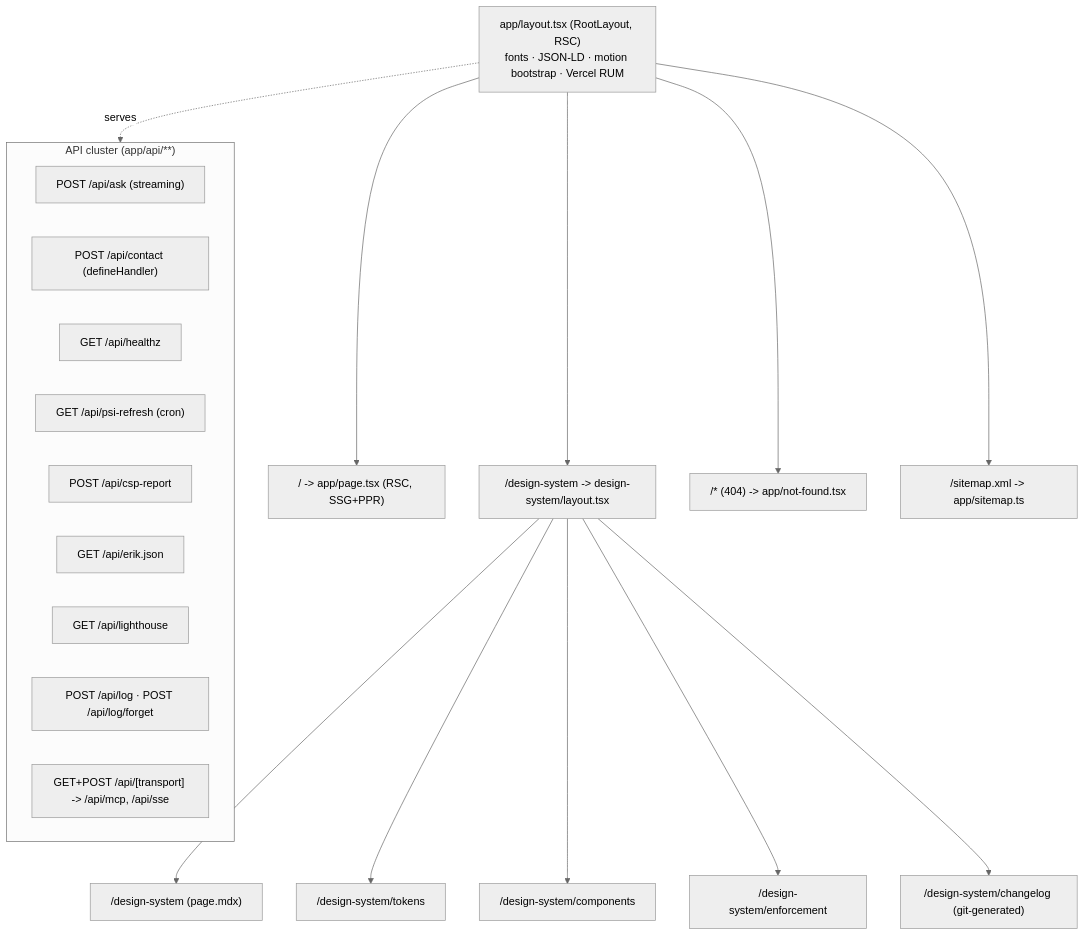
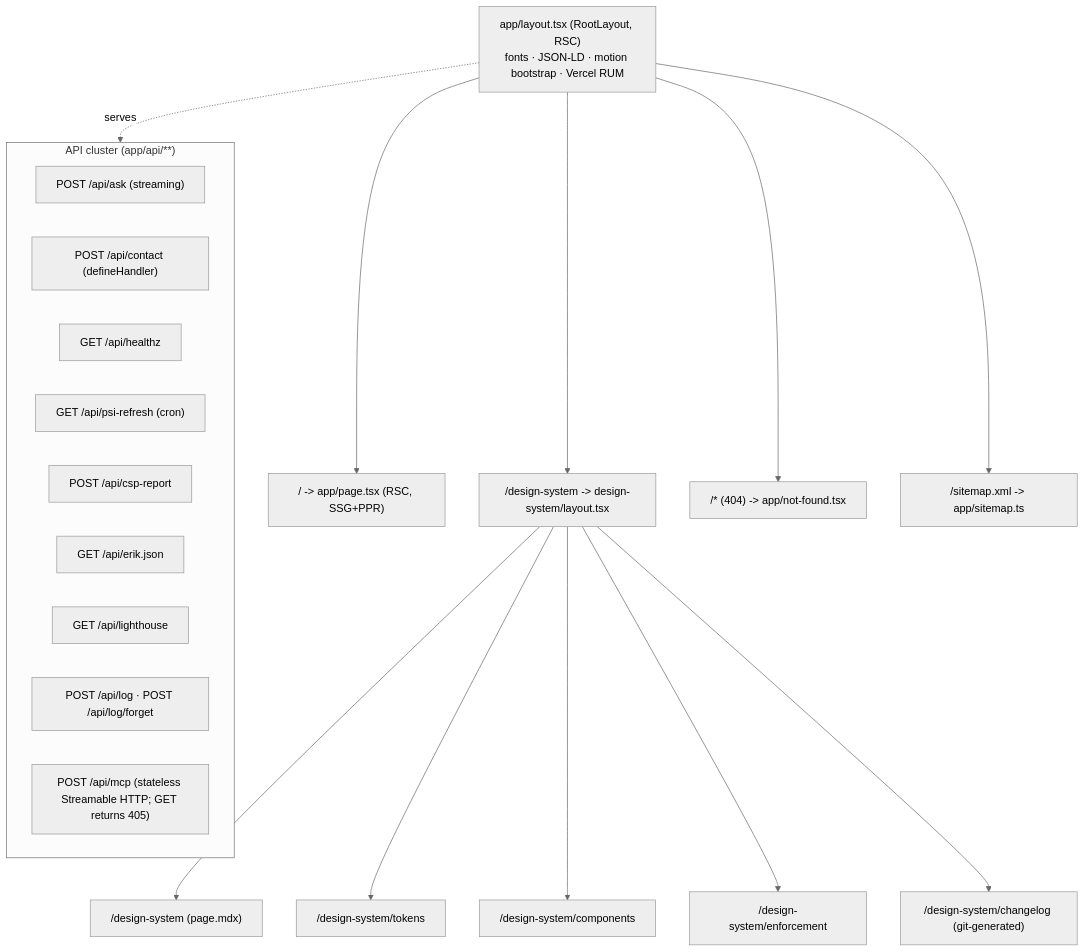
Before and after one commit to erikunha/portfolio: the first of 6 diagrams in docs/03-rendering-and-data-flow.md, drawn with Mermaid (neutral theme). The commit also changed 9 other files, not shown here.

First line of the commit message:
build(deps): move the MCP server to mcp-handler 2 at a fixed /api/mcp route

````diff
--- a/docs/03-rendering-and-data-flow.md
+++ b/docs/03-rendering-and-data-flow.md
@@ -7,25 +7,25 @@
 ```mermaid
 flowchart TD
     layout["app/layout.tsx (RootLayout, RSC)<br/>fonts · JSON-LD · motion bootstrap · Vercel RUM"]
     layout --> home["/ -> app/page.tsx (RSC, SSG+PPR)"]
     layout --> ds["/design-system -> design-system/layout.tsx"]
     layout --> nf["/* (404) -> app/not-found.tsx"]
     layout --> sm["/sitemap.xml -> app/sitemap.ts"]
     ds --> ds1["/design-system (page.mdx)"]
     ds --> ds2["/design-system/tokens"]
     ds --> ds3["/design-system/components"]
     ds --> ds4["/design-system/enforcement"]
     ds --> ds5["/design-system/changelog (git-generated)"]
     subgraph api["API cluster (app/api/**)"]
       api1["POST /api/ask (streaming)"]
       api2["POST /api/contact (defineHandler)"]
       api3["GET /api/healthz"]
       api4["GET /api/psi-refresh (cron)"]
       api5["POST /api/csp-report"]
       api6["GET /api/erik.json"]
       api7["GET /api/lighthouse"]
       api8["POST /api/log · POST /api/log/forget"]
-      api9["GET+POST /api/[transport] -> /api/mcp, /api/sse"]
+      api9["POST /api/mcp (stateless Streamable HTTP; GET returns 405)"]
     end
     layout -.serves.-> api
 ```
````
